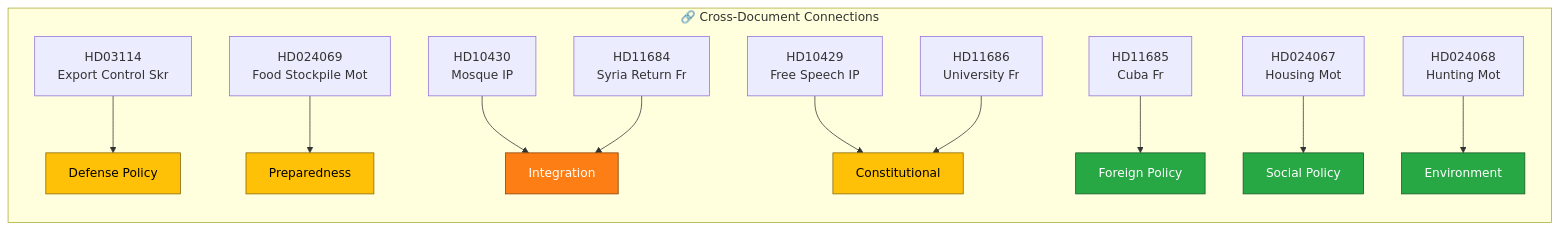
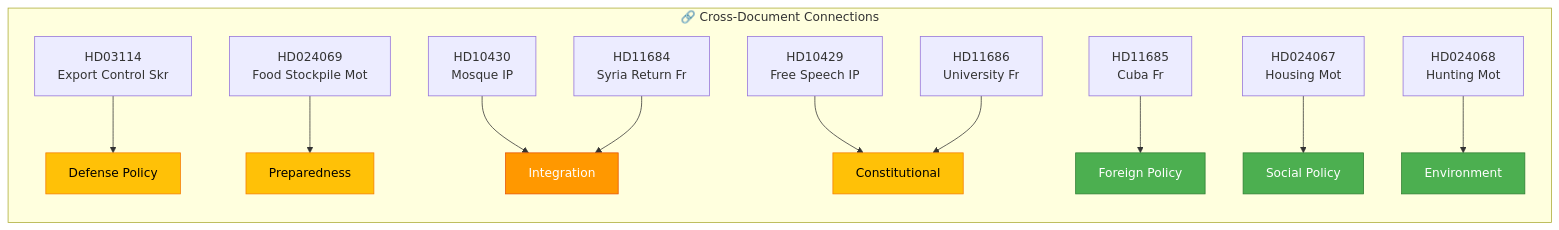
One commit to Hack23/riksdagsmonitor changed the second of 2 diagrams in analysis/daily/2026-04-07/realtime-1411/synthesis-summary.md. Above: the diagram before and after it, drawn with Mermaid. The commit also changed other lines of this file and 785 other files, not shown here.

First line of the commit message:
Normalize mermaid colors across 786 analysis artifacts to ISMS Style Guide palette

````diff
--- a/analysis/daily/2026-04-07/realtime-1411/synthesis-summary.md
+++ b/analysis/daily/2026-04-07/realtime-1411/synthesis-summary.md
@@ -64,21 +64,21 @@
 ```mermaid
 graph LR
     subgraph "🔗 Cross-Document Connections"
         HD03114["HD03114<br>Export Control Skr"] --> DEFENSE["Defense Policy"]
         HD024069["HD024069<br>Food Stockpile Mot"] --> PREP["Preparedness"]
         HD10430["HD10430<br>Mosque IP"] --> INTEG["Integration"]
         HD11684["HD11684<br>Syria Return Fr"] --> INTEG
         HD10429["HD10429<br>Free Speech IP"] --> RIGHTS["Constitutional"]
         HD11686["HD11686<br>University Fr"] --> RIGHTS
         HD11685["HD11685<br>Cuba Fr"] --> FOREIGN["Foreign Policy"]
         HD024067["HD024067<br>Housing Mot"] --> SOCIAL["Social Policy"]
         HD024068["HD024068<br>Hunting Mot"] --> ENV["Environment"]
     end
-    style DEFENSE fill:#ffc107,stroke:#856404,color:#000
-    style PREP fill:#ffc107,stroke:#856404,color:#000
-    style INTEG fill:#fd7e14,stroke:#873b00,color:#fff
-    style RIGHTS fill:#ffc107,stroke:#856404,color:#000
-    style FOREIGN fill:#28a745,stroke:#155724,color:#fff
-    style SOCIAL fill:#28a745,stroke:#155724,color:#fff
-    style ENV fill:#28a745,stroke:#155724,color:#fff
+    style DEFENSE fill:#FFC107,stroke:#F57C00,color:#000000
+    style PREP fill:#FFC107,stroke:#F57C00,color:#000000
+    style INTEG fill:#FF9800,stroke:#E65100,color:#FFFFFF
+    style RIGHTS fill:#FFC107,stroke:#F57C00,color:#000000
+    style FOREIGN fill:#4CAF50,stroke:#2E7D32,color:#FFFFFF
+    style SOCIAL fill:#4CAF50,stroke:#2E7D32,color:#FFFFFF
+    style ENV fill:#4CAF50,stroke:#2E7D32,color:#FFFFFF
 ```
````
